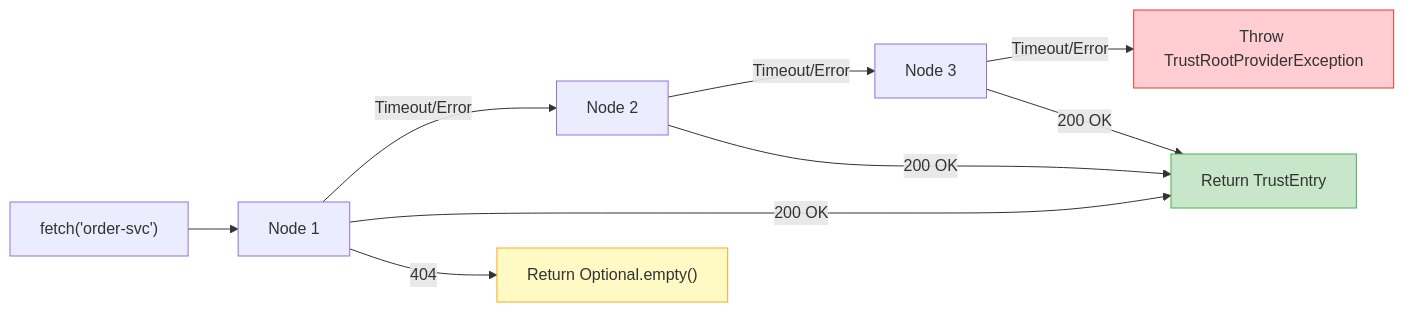
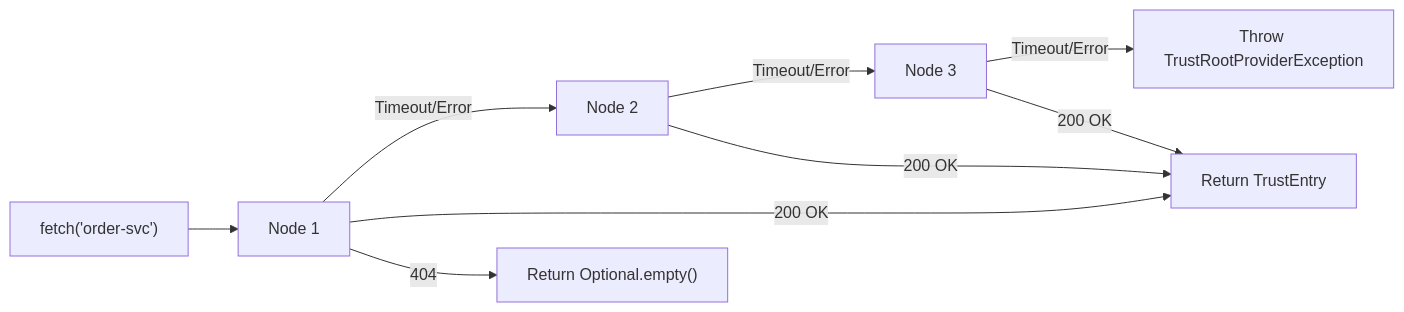
Before and after one commit to cyfko/veridot: the diagram in docs/docs/modules/veridot-trustroots/tad-client.md, drawn with Mermaid. The commit also changed 25 other files, not shown here.

First line of the commit message:
style: remove colorful fill styles from Mermaid diagrams

````diff
--- a/docs/docs/modules/veridot-trustroots/tad-client.md
+++ b/docs/docs/modules/veridot-trustroots/tad-client.md
@@ -45,16 +45,13 @@
 ```mermaid
 flowchart LR
     Call["fetch('order-svc')"] --> N1["Node 1"]
     N1 -->|Timeout/Error| N2["Node 2"]
     N2 -->|Timeout/Error| N3["Node 3"]
     N3 -->|Timeout/Error| Throw["Throw TrustRootProviderException"]
 
     N1 -->|200 OK| Return["Return TrustEntry"]
     N2 -->|200 OK| Return
     N3 -->|200 OK| Return
     N1 -->|404| Empty["Return Optional.empty()"]
 
-    style Return fill:#c8e6c9,stroke:#4caf50
-    style Throw fill:#ffcdd2,stroke:#e53935
-    style Empty fill:#fff9c4,stroke:#f9a825
 ```
````
